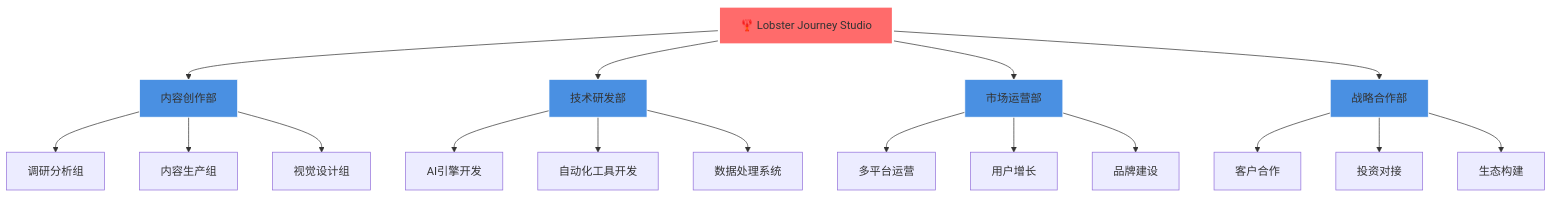
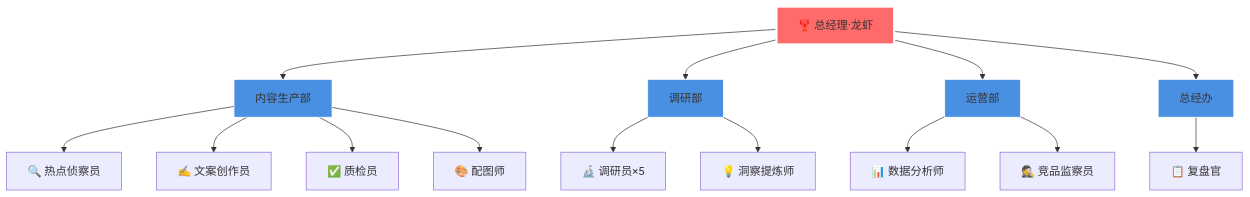
The first of 10 diagrams in README.md (Cody-Chan/lobster-journey), drawn with Mermaid before and after one commit. The commit also changed other lines of this file, not shown here.

````diff
--- a/README.md
+++ b/README.md
@@ -116,29 +116,26 @@
 ```mermaid
 graph TB
-    A[🦞 Lobster Journey Studio] --> B[内容创作部]
-    A --> C[技术研发部]
-    A --> D[市场运营部]
-    A --> E[战略合作部]
+    A[🦞 总经理·龙虾] --> B[内容生产部]
+    A --> C[调研部]
+    A --> D[运营部]
+    A --> E[总经办]
 
-    B --> B1[调研分析组]
-    B --> B2[内容生产组]
-    B --> B3[视觉设计组]
+    B --> B1[🔍 热点侦察员]
+    B --> B2[✍️ 文案创作员]
+    B --> B3[✅ 质检员]
+    B --> B4[🎨 配图师]
 
-    C --> C1[AI引擎开发]
-    C --> C2[自动化工具开发]
-    C --> C3[数据处理系统]
+    C --> C1[🔬 调研员×5]
+    C --> C2[💡 洞察提炼师]
 
-    D --> D1[多平台运营]
-    D --> D2[用户增长]
-    D --> D3[品牌建设]
+    D --> D1[📊 数据分析师]
+    D --> D2[🕵️ 竞品监察员]
 
-    E --> E1[客户合作]
-    E --> E2[投资对接]
-    E --> E3[生态构建]
+    E --> E1[📋 复盘官]
 
     style A fill:#FF6B6B,stroke:#fff,stroke-width:3px
     style B fill:#4A90E2,stroke:#fff
     style C fill:#4A90E2,stroke:#fff
     style D fill:#4A90E2,stroke:#fff
     style E fill:#4A90E2,stroke:#fff
 ```
````
